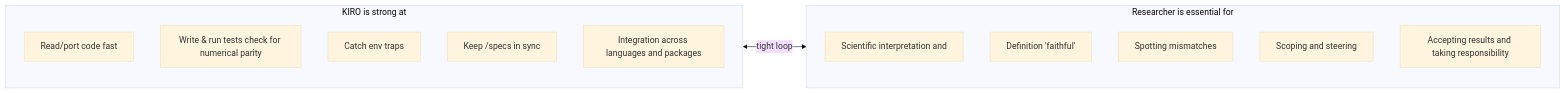
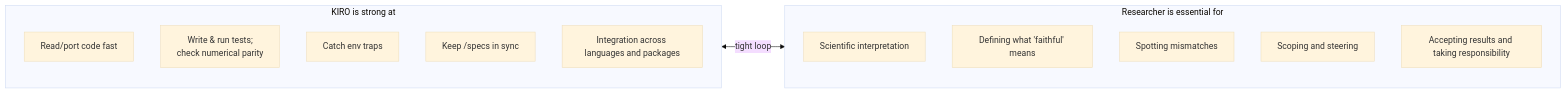
The fifth of 5 diagrams in flowcharts.md (TBreure/DayCent_emulator), drawn with Mermaid (base theme) before and after one commit. The commit also changed other lines of this file, not shown here.

````diff
--- a/flowcharts.md
+++ b/flowcharts.md
@@ -82,18 +82,18 @@
 ```mermaid
 flowchart LR
     subgraph Agent["KIRO is strong at"]
         G1[Read/port code fast]
-        G2[Write & run tests check for numerical parity]
+        G2["Write & run tests;<br/>check numerical parity"]
         G3[Catch env traps]
         G4[Keep /specs in sync]
         G5[Integration across languages and packages]
     end
     subgraph Human["Researcher is essential for"]
-        N1[Scientific interpretation and ]
-        N2[Definition 'faithful']
+        N1[Scientific interpretation]
+        N2["Defining what 'faithful' means"]
         N3[Spotting mismatches]
         N4[Scoping and steering]
         N5[Accepting results and taking responsibility]
     end
     Agent <-->|tight loop| Human
 ```
````
